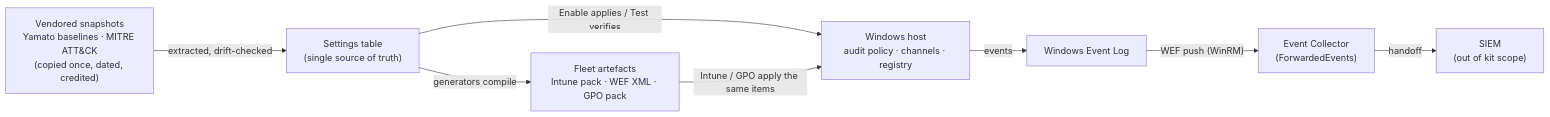
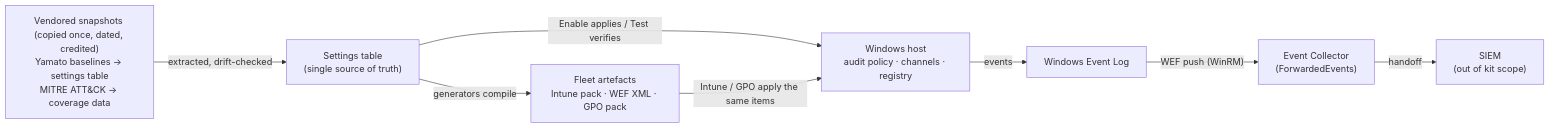
The diagram in docs/architecture.md (spydisec/WinLogKit), drawn with Mermaid before and after one commit. The commit also changed other lines of this file and 5 other files, not shown here.

````diff
--- a/docs/architecture.md
+++ b/docs/architecture.md
@@ -7,18 +7,18 @@
 ```mermaid
 flowchart LR
-    SRC["Vendored snapshots<br/>Yamato baselines · MITRE ATT&CK<br/>(copied once, dated, credited)"]
+    SRC["Vendored snapshots (copied once, dated, credited)<br/>Yamato baselines -> settings table<br/>MITRE ATT&CK -> coverage data"]
     ST["Settings table<br/>(single source of truth)"]
     HOST["Windows host<br/>audit policy · channels · registry"]
     FLEET["Fleet artefacts<br/>Intune pack · WEF XML · GPO pack"]
     EV["Windows Event Log"]
     WEC["Event Collector<br/>(ForwardedEvents)"]
     SIEM["SIEM<br/>(out of kit scope)"]
 
     SRC -->|extracted, drift-checked| ST
     ST -->|"Enable applies / Test verifies"| HOST
     ST -->|generators compile| FLEET
     FLEET -->|"Intune / GPO apply the same items"| HOST
     HOST -->|events| EV
     EV -->|"WEF push (WinRM)"| WEC
     WEC -->|handoff| SIEM
 ```
````
